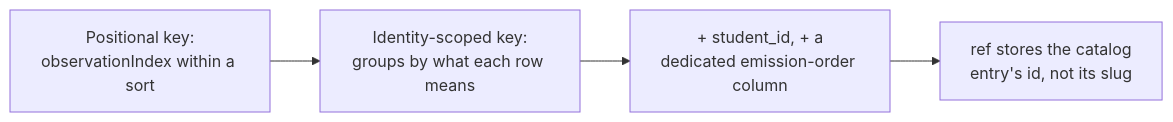
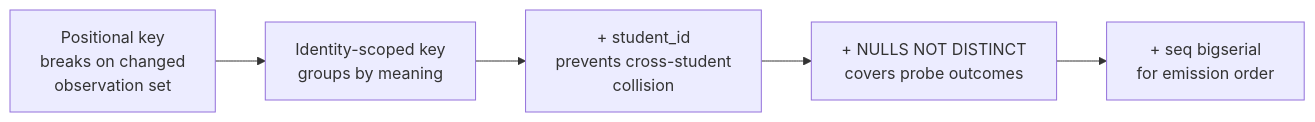
The diagram in src/content/docs/engine/engine-impl/event-sourcing-evidence.md (stemolly/wiki), drawn with Mermaid before and after one commit. The commit also changed other lines of this file and 57 other files, not shown here.

````diff
--- a/src/content/docs/engine/engine-impl/event-sourcing-evidence.md
+++ b/src/content/docs/engine/engine-impl/event-sourcing-evidence.md
@@ -67,6 +80,5 @@
 ```mermaid
 flowchart LR
-    A["Positional key:<br/>observationIndex within a sort"] --> B["Identity-scoped key:<br/>groups by what each row means"]
-    B --> C["+ student_id, + a<br/>dedicated emission-order column"]
-    C --> D["ref stores the catalog<br/>entry's id, not its slug"]
+    A["Positional key<br/>breaks on changed<br/>observation set"] --> B["Identity-scoped key<br/>groups by meaning"]
+    B --> C["+ student_id<br/>prevents cross-student<br/>collision"] --> D["+ NULLS NOT DISTINCT<br/>covers probe outcomes"] --> E["+ seq bigserial<br/>for emission order"]
 ```
````
